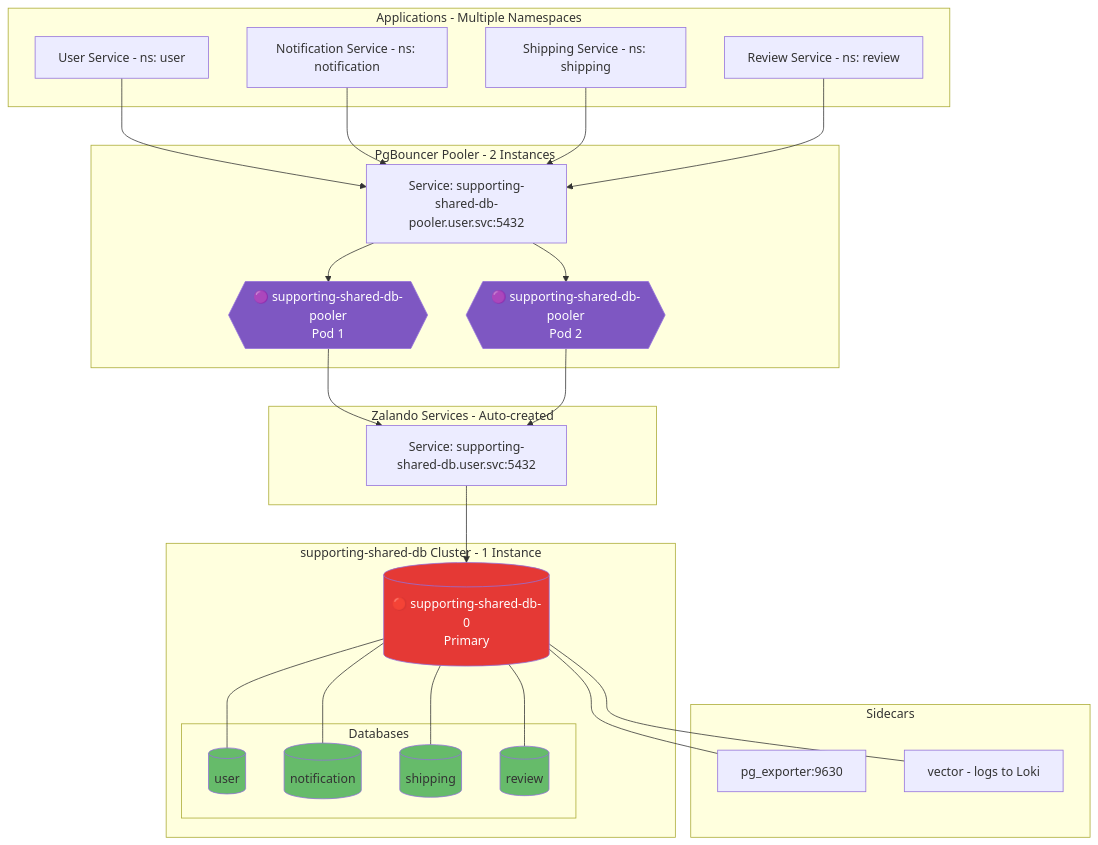
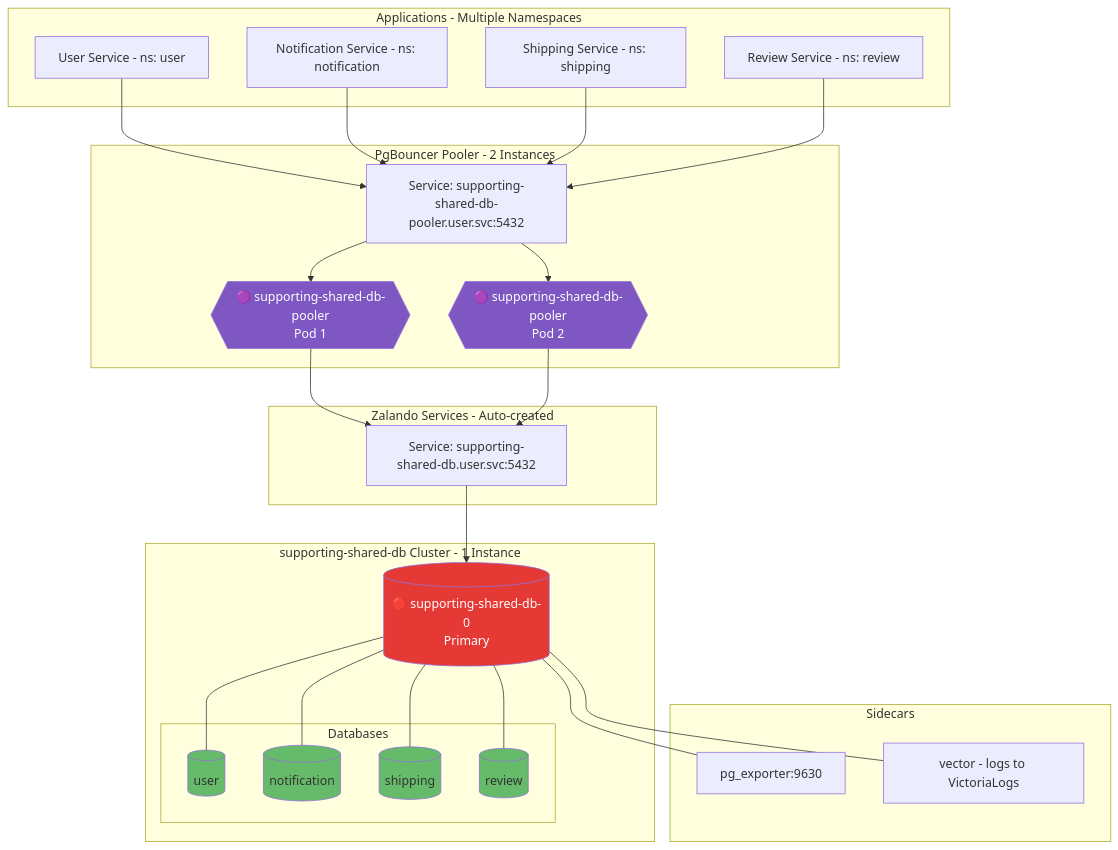
One commit to duynhlab/homelab changed the diagram in kubernetes/infra/configs/databases/clusters/supporting-shared-db/README.md. Above: the diagram before and after it, drawn with Mermaid. The commit also changed 15 other files, not shown here.

````diff
--- a/kubernetes/infra/configs/databases/clusters/supporting-shared-db/README.md
+++ b/kubernetes/infra/configs/databases/clusters/supporting-shared-db/README.md
@@ -38,58 +38,58 @@
 ```mermaid
 flowchart TD
     subgraph Apps["Applications - Multiple Namespaces"]
         UserService["User Service - ns: user"]
         NotificationService["Notification Service - ns: notification"]
         ShippingService["Shipping Service - ns: shipping"]
         ReviewService["Review Service - ns: review"]
     end
 
     subgraph Pooler["PgBouncer Pooler - 2 Instances"]
         PgBouncer1{{"🟣 supporting-shared-db-pooler<br/>Pod 1"}}
         PgBouncer2{{"🟣 supporting-shared-db-pooler<br/>Pod 2"}}
         PoolerSvc["Service: supporting-shared-db-pooler.user.svc:5432"]
     end
 
     subgraph ZalandoSvc["Zalando Services - Auto-created"]
         DirectSvc["Service: supporting-shared-db.user.svc:5432"]
     end
 
     subgraph Cluster["supporting-shared-db Cluster - 1 Instance"]
         Primary[("🔴 supporting-shared-db-0<br/>Primary")]
         subgraph Databases["Databases"]
             UserDB[("user")]
             NotificationDB[("notification")]
             ShippingDB[("shipping")]
             ReviewDB[("review")]
         end
     end
     
     subgraph Sidecars["Sidecars"]
         Exporter["pg_exporter:9630"]
-        Vector["vector - logs to Loki"]
+        Vector["vector - logs to VictoriaLogs"]
     end
 
     UserService --> PoolerSvc
     NotificationService --> PoolerSvc
     ShippingService --> PoolerSvc
     ReviewService --> PoolerSvc
     PoolerSvc --> PgBouncer1
     PoolerSvc --> PgBouncer2
     PgBouncer1 --> DirectSvc
     PgBouncer2 --> DirectSvc
     DirectSvc --> Primary
     Primary --- UserDB
     Primary --- NotificationDB
     Primary --- ShippingDB
     Primary --- ReviewDB
     Primary --- Exporter
     Primary --- Vector
     
     style Primary fill:#E53935,color:#fff
     style UserDB fill:#66BB6A
     style NotificationDB fill:#66BB6A
     style ShippingDB fill:#66BB6A
     style ReviewDB fill:#66BB6A
     style PgBouncer1 fill:#7E57C2,color:#fff
     style PgBouncer2 fill:#7E57C2,color:#fff
 ```
````
